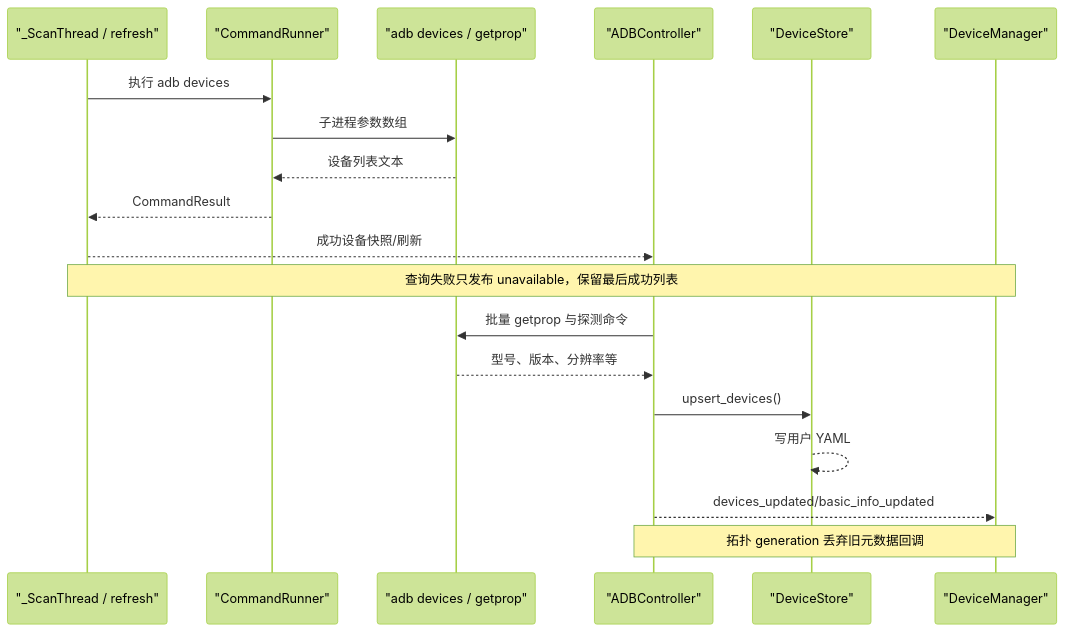
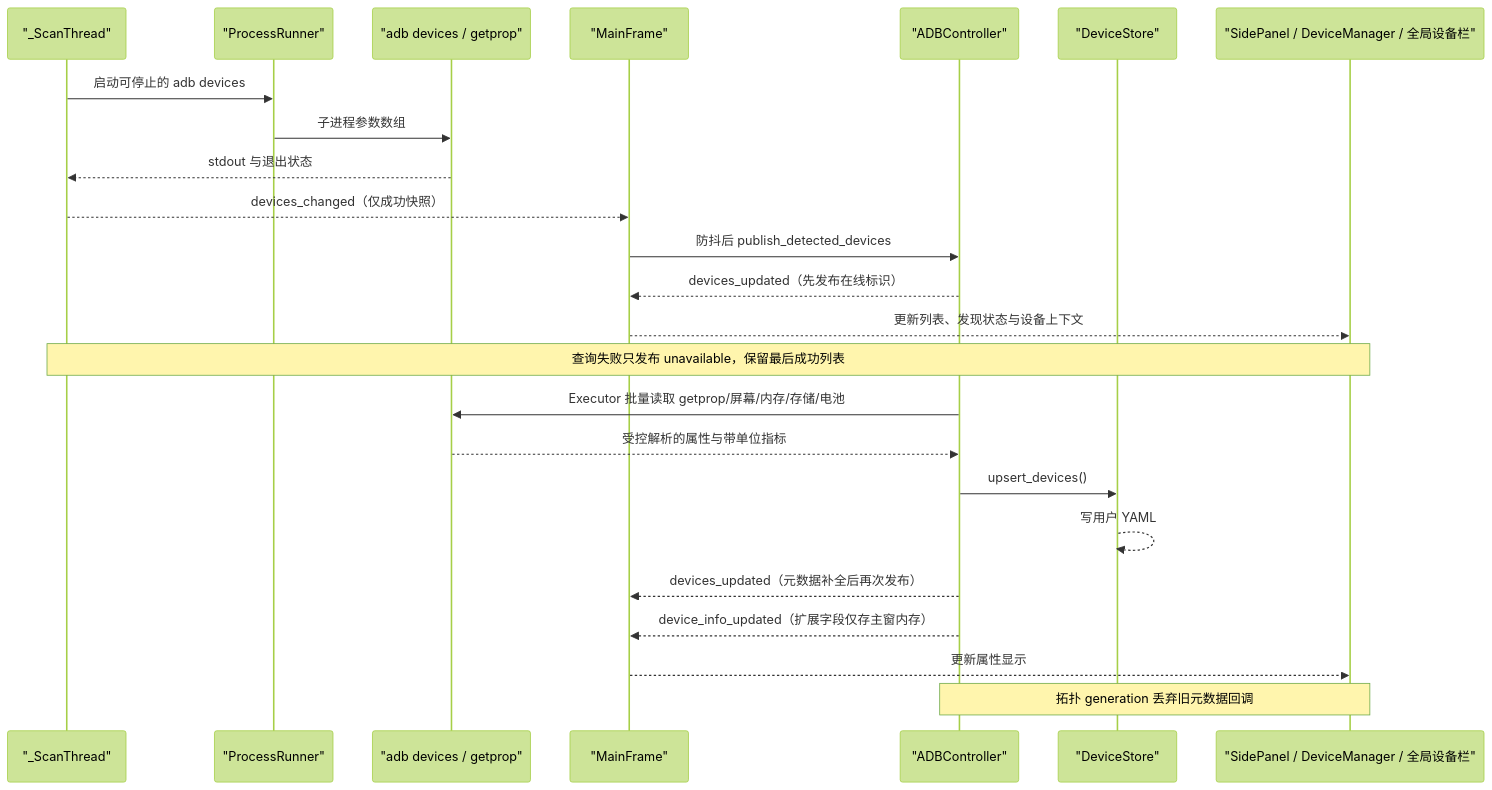
The second of 6 diagrams in docs/project-knowledge/DATA_FLOW.md (BlackHu-art/ADBLab), drawn with Mermaid (forest theme) before and after one commit. The commit also changed other lines of this file and 153 other files, not shown here.

Commit message:
Refactor application architecture and update UI workflows

````diff
--- a/docs/project-knowledge/DATA_FLOW.md
+++ b/docs/project-knowledge/DATA_FLOW.md
@@ -52,22 +52,27 @@
 ```mermaid
 sequenceDiagram
-    participant Scan as "_ScanThread / refresh"
-    participant CR as "CommandRunner"
+    participant Scan as "_ScanThread"
+    participant PR as "ProcessRunner"
     participant ADB as "adb devices / getprop"
+    participant Frame as "MainFrame"
     participant C as "ADBController"
     participant DS as "DeviceStore"
-    participant UI as "DeviceManager"
+    participant UI as "SidePanel / DeviceManager / 全局设备栏"
 
-    Scan->>CR: 执行 adb devices
-    CR->>ADB: 子进程参数数组
-    ADB-->>CR: 设备列表文本
-    CR-->>Scan: CommandResult
-    Scan-->>C: 成功设备快照/刷新
+    Scan->>PR: 启动可停止的 adb devices
+    PR->>ADB: 子进程参数数组
+    ADB-->>Scan: stdout 与退出状态
+    Scan-->>Frame: devices_changed（仅成功快照）
+    Frame->>C: 防抖后 publish_detected_devices
+    C-->>Frame: devices_updated（先发布在线标识）
+    Frame-->>UI: 更新列表、发现状态与设备上下文
     Note over Scan,UI: 查询失败只发布 unavailable，保留最后成功列表
-    C->>ADB: 批量 getprop 与探测命令
-    ADB-->>C: 型号、版本、分辨率等
+    C->>ADB: Executor 批量读取 getprop/屏幕/内存/存储/电池
+    ADB-->>C: 受控解析的属性与带单位指标
     C->>DS: upsert_devices()
     DS-->>DS: 写用户 YAML
-    C-->>UI: devices_updated/basic_info_updated
+    C-->>Frame: devices_updated（元数据补全后再次发布）
+    C-->>Frame: device_info_updated（扩展字段仅存主窗内存）
+    Frame-->>UI: 更新属性显示
     Note over C,UI: 拓扑 generation 丢弃旧元数据回调
 ```
````
